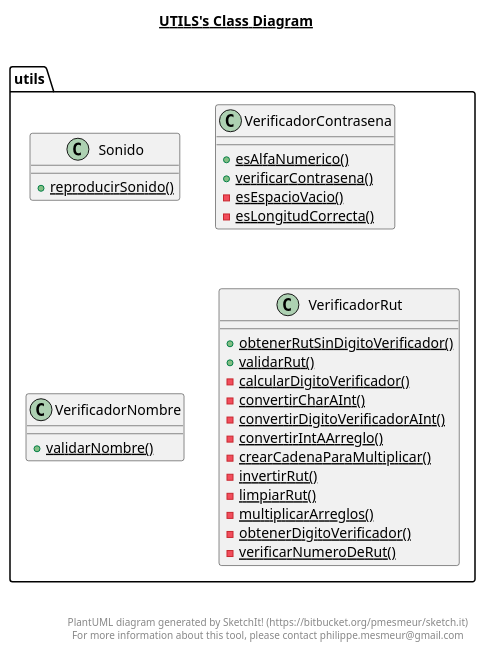
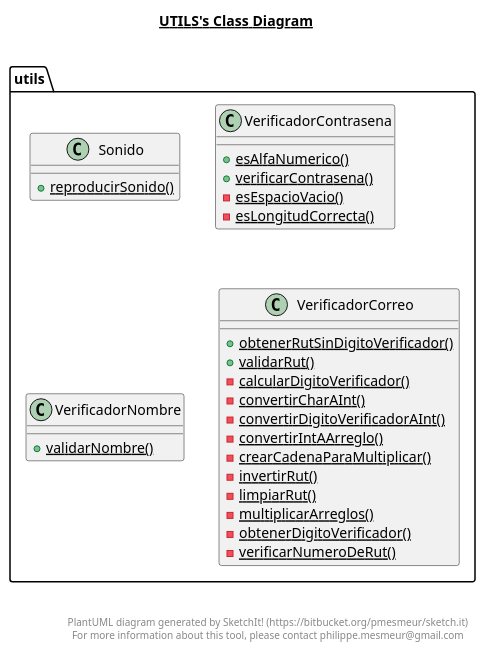
Before and after one commit to mh0316/FaunatiCH: the diagram in src/main/java/utils/utils.plantuml, drawn with PlantUML. The commit also changed 23 other files, not shown here.

```diff
--- a/src/main/java/utils/utils.plantuml
+++ b/src/main/java/utils/utils.plantuml
@@ -1,56 +1,56 @@
 @startuml
 
 title __UTILS's Class Diagram__\n
 
   namespace utils {
     class utils.Sonido {
         {static} + reproducirSonido()
     }
   }
   
 
   namespace utils {
     class utils.VerificadorContrasena {
         {static} + esAlfaNumerico()
         {static} + verificarContrasena()
         {static} - esEspacioVacio()
         {static} - esLongitudCorrecta()
     }
   }
   
 
   namespace utils {
     class utils.VerificadorNombre {
         {static} + validarNombre()
     }
   }
   
 
   namespace utils {
-    class utils.VerificadorRut {
+    class utils.VerificadorCorreo {
         {static} + obtenerRutSinDigitoVerificador()
         {static} + validarRut()
         {static} - calcularDigitoVerificador()
         {static} - convertirCharAInt()
         {static} - convertirDigitoVerificadorAInt()
         {static} - convertirIntAArreglo()
         {static} - crearCadenaParaMultiplicar()
         {static} - invertirRut()
         {static} - limpiarRut()
         {static} - multiplicarArreglos()
         {static} - obtenerDigitoVerificador()
         {static} - verificarNumeroDeRut()
     }
   }
   
 
 
 
 right footer
 
 
 PlantUML diagram generated by SketchIt! (https://bitbucket.org/pmesmeur/sketch.it)
 For more information about this tool, please contact philippe.mesmeur@gmail.com
 endfooter
 
 @enduml
```
